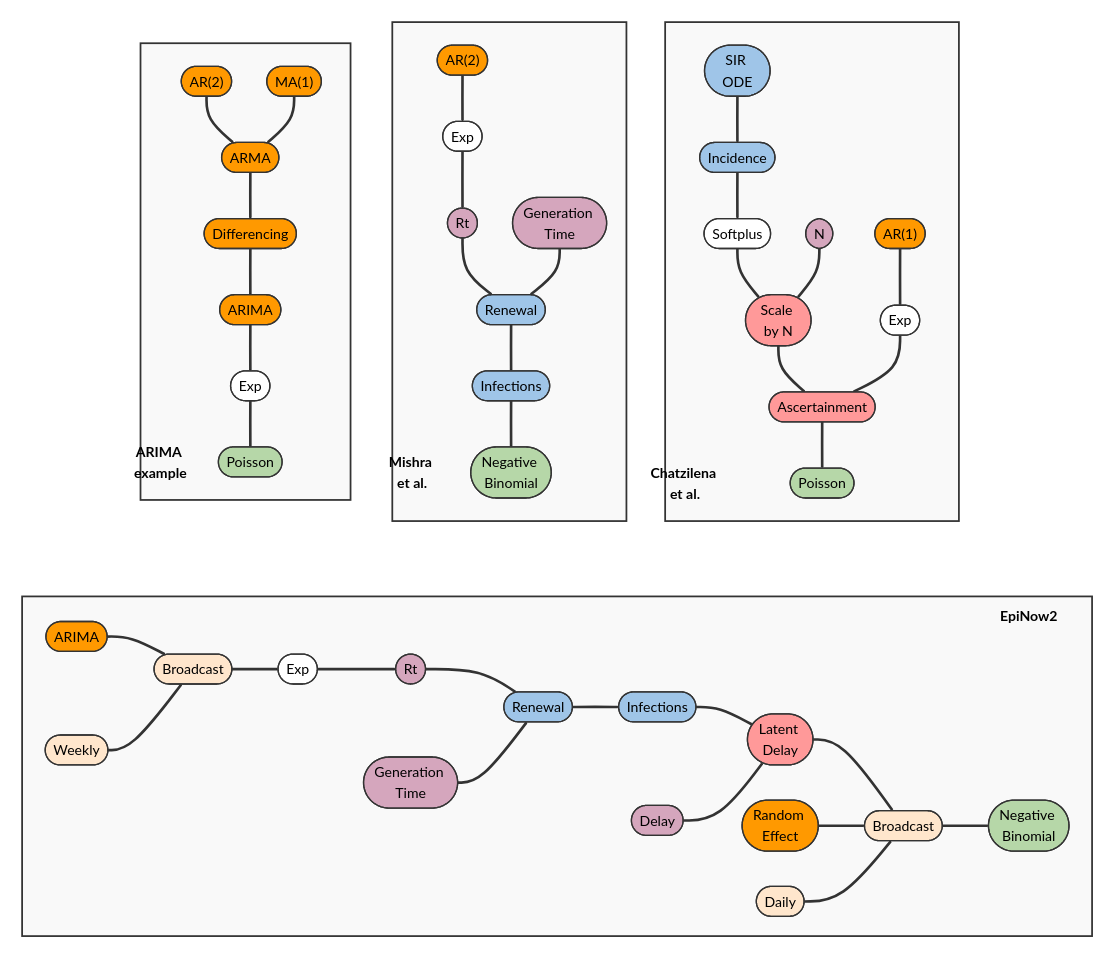
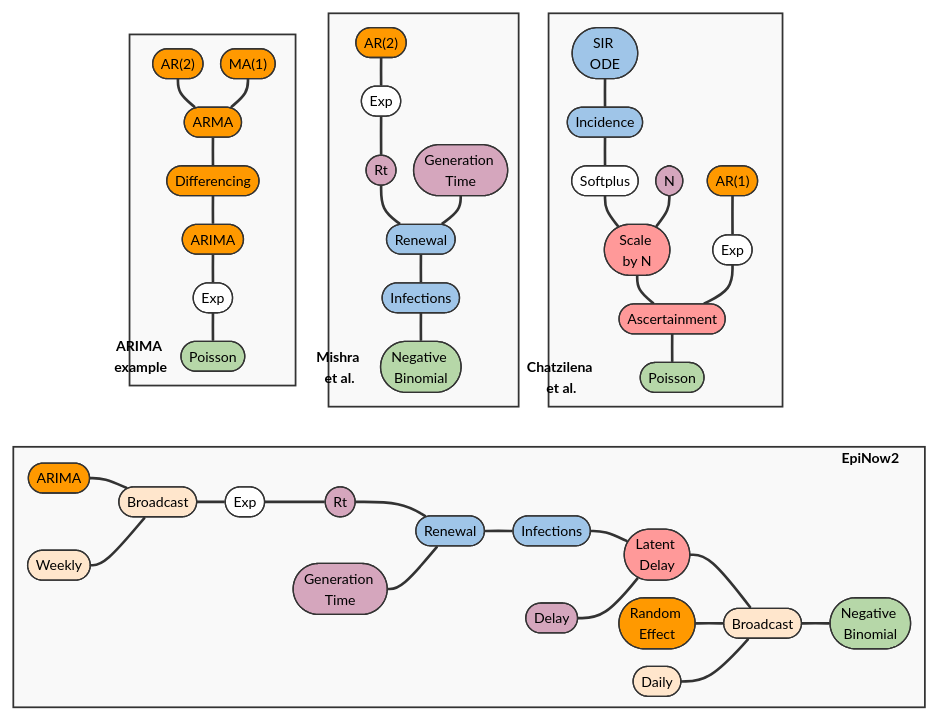
The diagram in figures/fig-case-studies.qmd (EpiAware/PrototypeCompositionalProbablisticInfectiousDiseaseModelling), drawn with Mermaid before and after one commit. The commit also changed 4 other files, not shown here.

Commit message:
Reduce spacing between subgraphs in mermaid figures

````diff
--- a/figures/fig-case-studies.qmd
+++ b/figures/fig-case-studies.qmd
@@ -6,7 +6,7 @@
 ```{mermaid}
 %%| fig-width: 24
 
-%%{init: {'theme': 'base', 'themeVariables': {'fontSize': '64px', 'fontFamily': 'arial', 'lineColor': '#333'}, 'flowchart': {'htmlLabels': false, 'nodeSpacing': 160, 'rankSpacing': 160, 'padding': 40}}}%%
+%%{init: {'theme': 'base', 'themeVariables': {'fontSize': '64px', 'fontFamily': 'arial', 'lineColor': '#333'}, 'flowchart': {'htmlLabels': false, 'nodeSpacing': 80, 'rankSpacing': 80, 'padding': 40}}}%%
 flowchart LR
     %% Class definitions
     classDef infection fill:#9fc5e8,stroke:#333,stroke-width:6px,color:black,padding:20px
````
